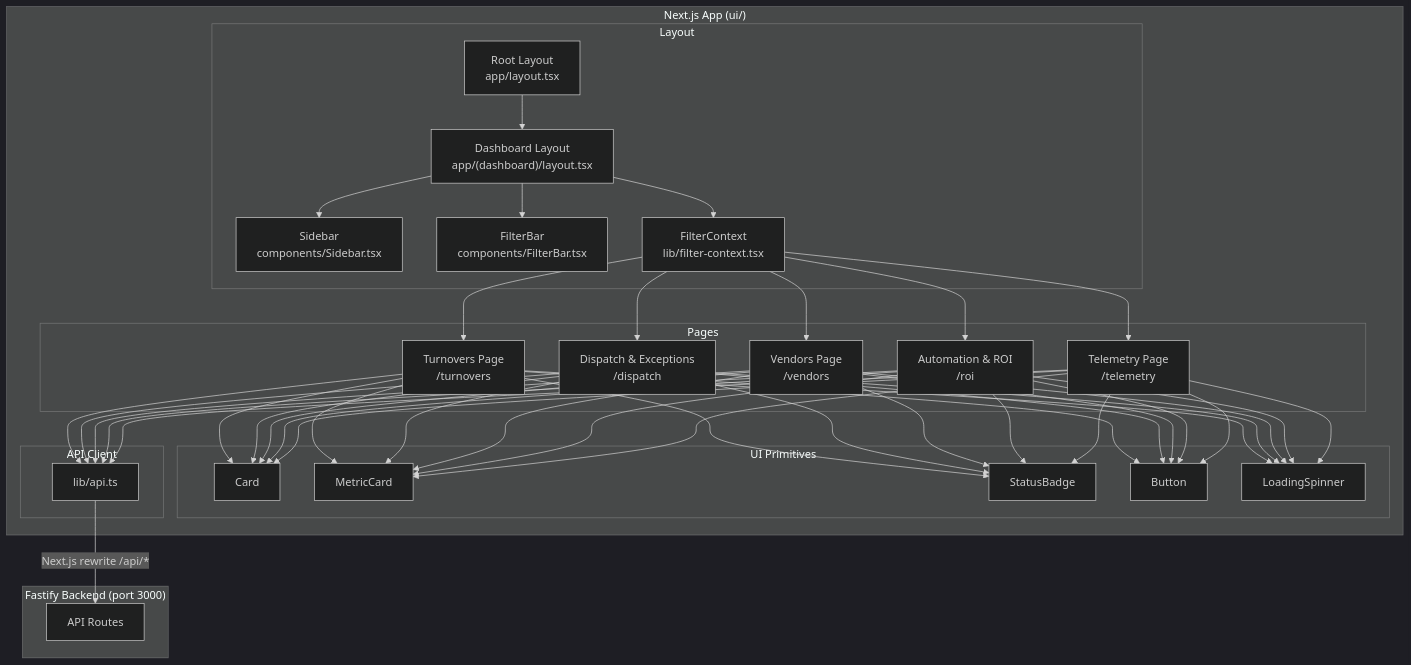
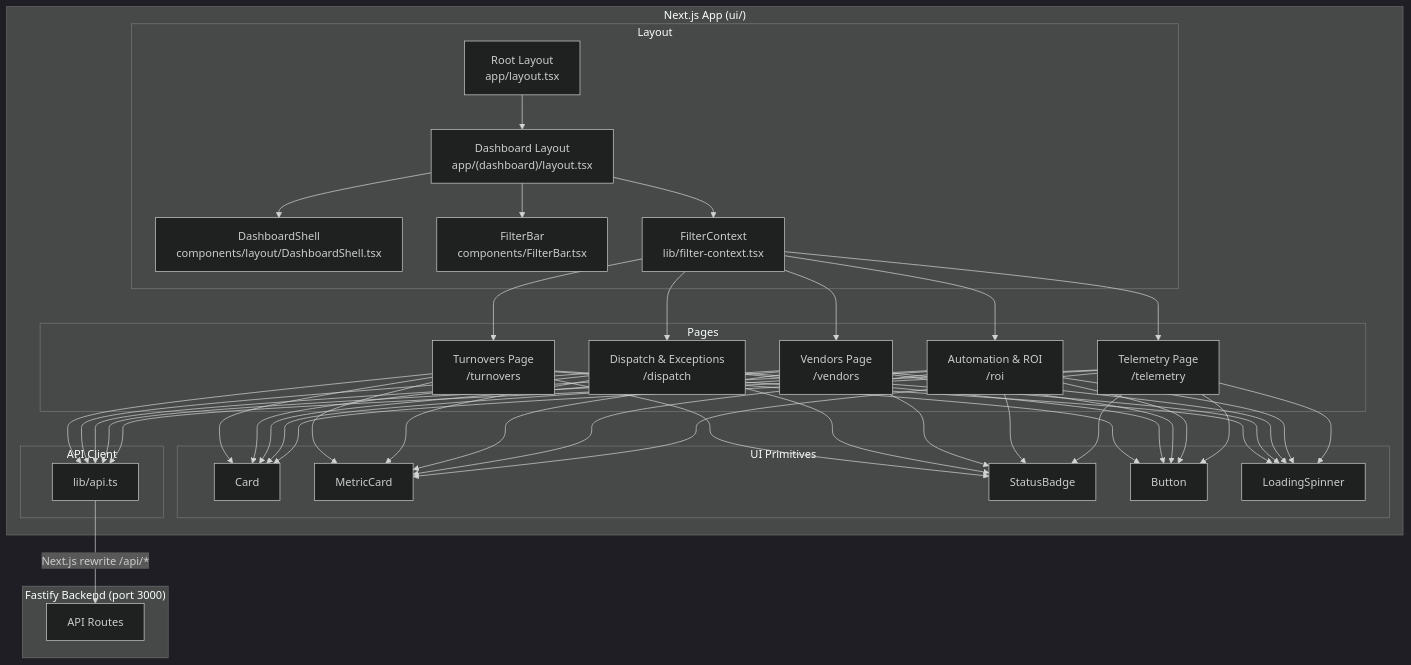
Before and after one commit to GregGlover16/host_mojo_maid: the seventh of 8 diagrams in docs/ARCHITECTURE.md, drawn with Mermaid (dark theme). The commit also changed 33 other files, not shown here.

````diff
--- a/docs/ARCHITECTURE.md
+++ b/docs/ARCHITECTURE.md
@@ -459,43 +459,43 @@
 ```mermaid
 graph TB
     subgraph "Next.js App (ui/)"
         subgraph "Layout"
             RL["Root Layout<br/>app/layout.tsx"]
             DL["Dashboard Layout<br/>app/(dashboard)/layout.tsx"]
-            SB["Sidebar<br/>components/Sidebar.tsx"]
+            SB["DashboardShell<br/>components/layout/DashboardShell.tsx"]
             FB["FilterBar<br/>components/FilterBar.tsx"]
             FC["FilterContext<br/>lib/filter-context.tsx"]
         end
 
         subgraph "Pages"
             TP["Turnovers Page<br/>/turnovers"]
             DP["Dispatch & Exceptions<br/>/dispatch"]
             VP["Vendors Page<br/>/vendors"]
             RP["Automation & ROI<br/>/roi"]
             TLP["Telemetry Page<br/>/telemetry"]
         end
 
         subgraph "UI Primitives"
             CD["Card"]
             MC["MetricCard"]
             SBD["StatusBadge"]
             BTN["Button"]
             LS["LoadingSpinner"]
         end
 
         subgraph "API Client"
             API["lib/api.ts"]
         end
     end
 
     subgraph "Fastify Backend (port 3000)"
         BE["API Routes"]
     end
 
     RL --> DL
     DL --> SB & FB & FC
     FC --> TP & DP & VP & RP & TLP
     TP & DP & VP & RP & TLP --> CD & MC & SBD & BTN & LS
     TP & DP & VP & RP & TLP --> API
     API -->|"Next.js rewrite /api/*"| BE
 ```
````
